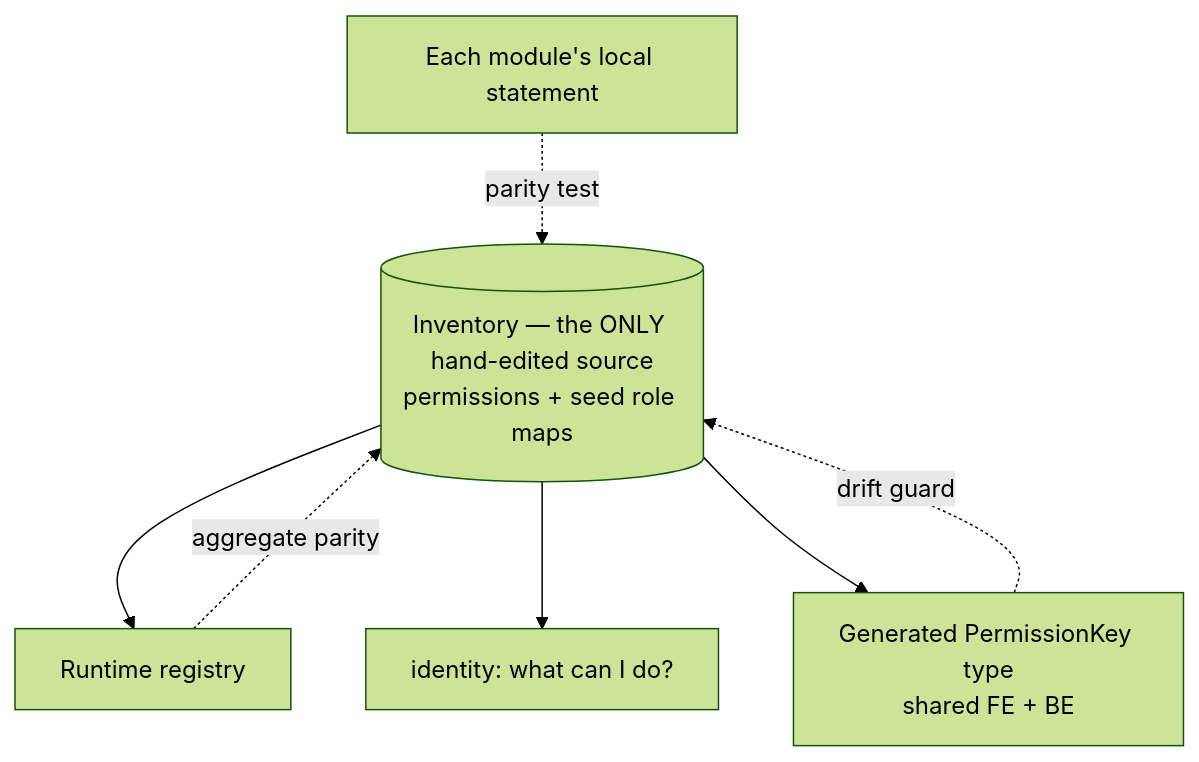
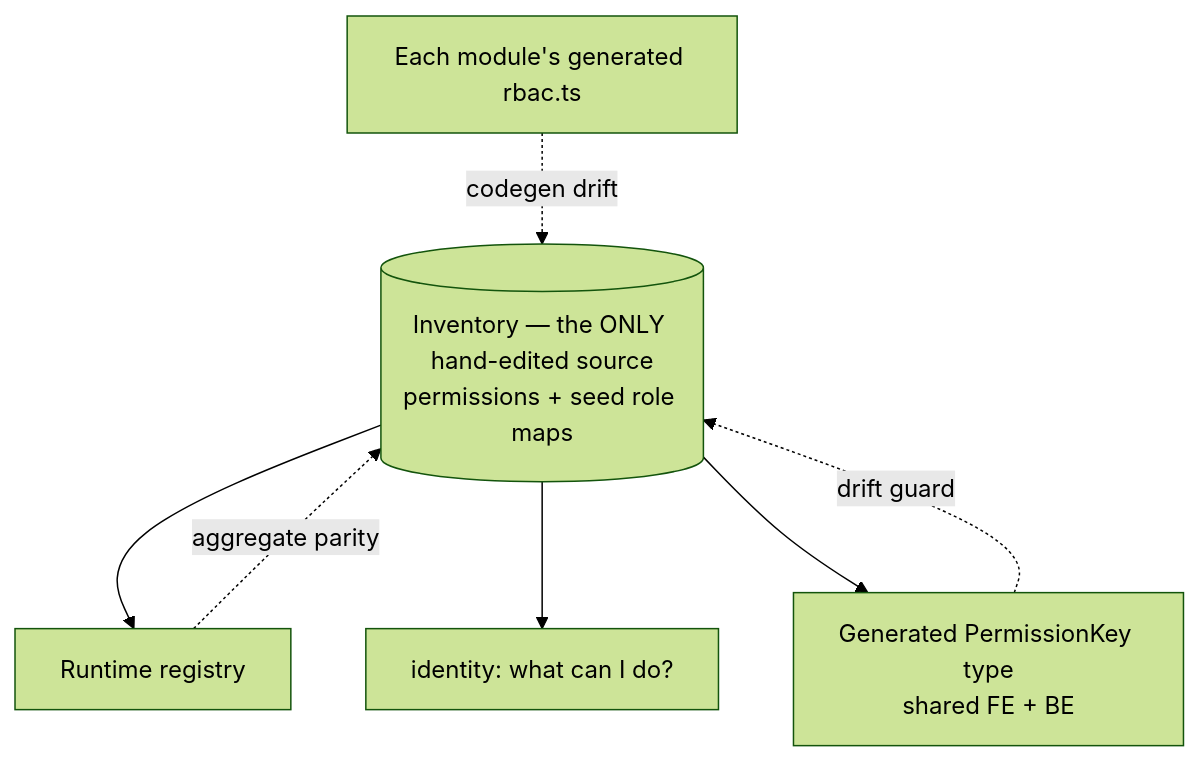
The third of 5 diagrams in docs/platform/rbac.md (Seta-International/agent-platform), drawn with Mermaid (forest theme) before and after one commit. The commit also changed other lines of this file, not shown here.

Commit message:
docs(rbac): FUT-378 align rbac doc with role_assignments foundation

````diff
--- a/docs/platform/rbac.md
+++ b/docs/platform/rbac.md
@@ -74,10 +74,10 @@
 ```mermaid
 flowchart TD
   INV[(Inventory — the ONLY hand-edited source<br/>permissions + seed role maps)]
   INV --> REG[Runtime registry]
   INV --> ID[identity: what can I do?]
   INV --> GEN[Generated PermissionKey type<br/>shared FE + BE]
-  MOD[Each module's local statement] -. parity test .-> INV
+  MOD[Each module's generated rbac.ts] -. codegen drift .-> INV
   REG -. aggregate parity .-> INV
   GEN -. drift guard .-> INV
 ```
````
